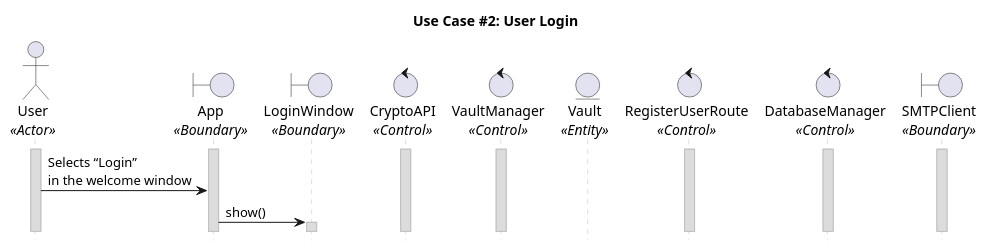
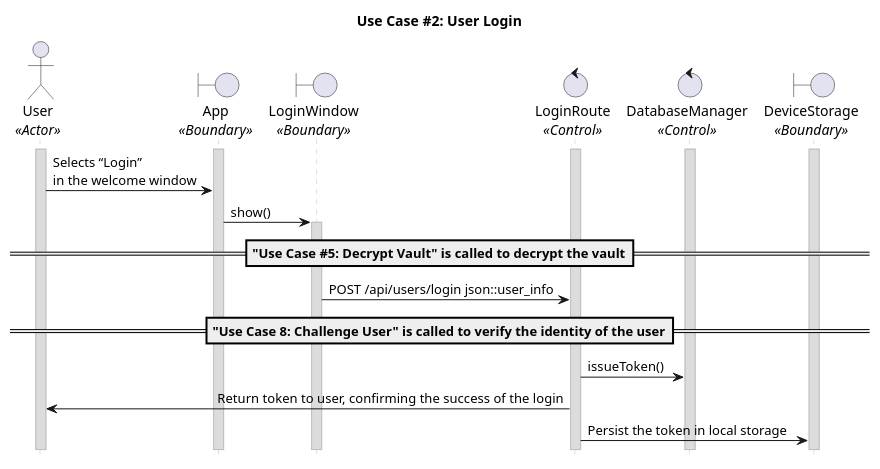
Before and after one commit to CECS-491-SP24-Group-1/seq-diagrams: the diagram in uc_02.puml, drawn with PlantUML.

Commit message:
Update uc02 - needs review

```diff
--- a/uc_02.puml
+++ b/uc_02.puml
@@ -1,44 +1,49 @@
 @startuml uc02
 title "Use Case #2: User Login"
 
 'Styling goes here
 hide footbox
 skinparam stereotypePosition bottom
 skinparam sequenceMessageAlign direction
 skinparam sequence {
     LifeLineBorderColor #Silver
     LifeLineBackgroundColor #Gainsboro
 }
 
 'Setup the objects involved here
 actor User as u <<Actor>>
 boundary App as a <<Boundary>>
 boundary LoginWindow as lw <<Boundary>>
-control CryptoAPI as ca <<Control>>
-control VaultManager as vm <<Control>>
-entity Vault as v <<Entity>>
-control RegisterUserRoute as rur <<Control>>
+control LoginRoute as lr <<Control>>
 control DatabaseManager as db <<Control>>
-boundary SMTPClient as sc <<Boundary>>
+boundary DeviceStorage as ds <<Boundary>>
 
 'Setup persistent objects here
 activate u 
 activate a
-activate ca
-activate vm
-activate rur
+activate lr
 activate db
-activate sc
+activate ds
 
 '--- FLOW OF CONTROL STARTS HERE ---
 'User selects “Login” on the front page.
 u -> a: Selects “Login” \nin the welcome window
 
 'System shows a form to Login
 a -> lw: show()
 activate lw
 
+=="Use Case #5: Decrypt Vault" is called to decrypt the vault==
+
+lw -> lr: POST /api/users/login json::user_info
+
+=="Use Case 8: Challenge User" is called to verify the identity of the user==
+
+'Server issues a token and returns to user for confirmation
+lr -> db: issueToken()
+lr -> u: Return token to user, confirming the success of the login
+lr -> ds: Persist the token in local storage
 
 '--- FLOW OF CONTROL ENDS HERE   ---
 
 @enduml
```
